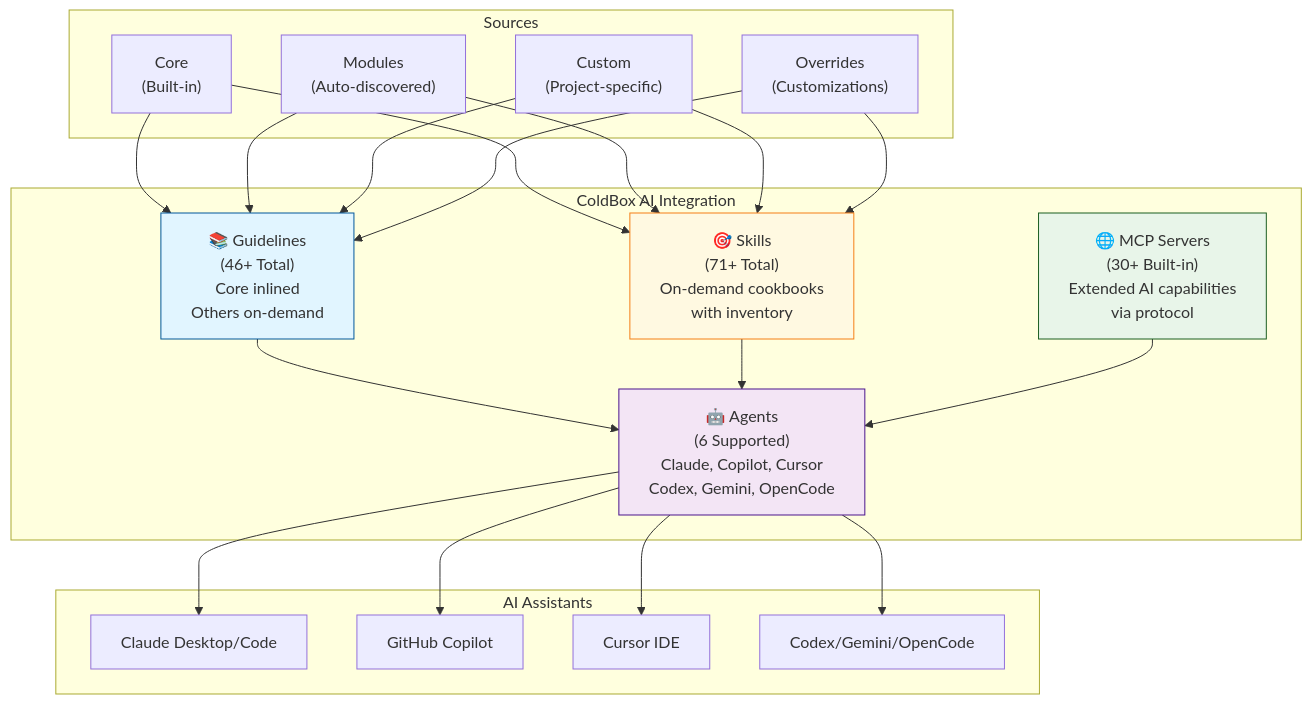
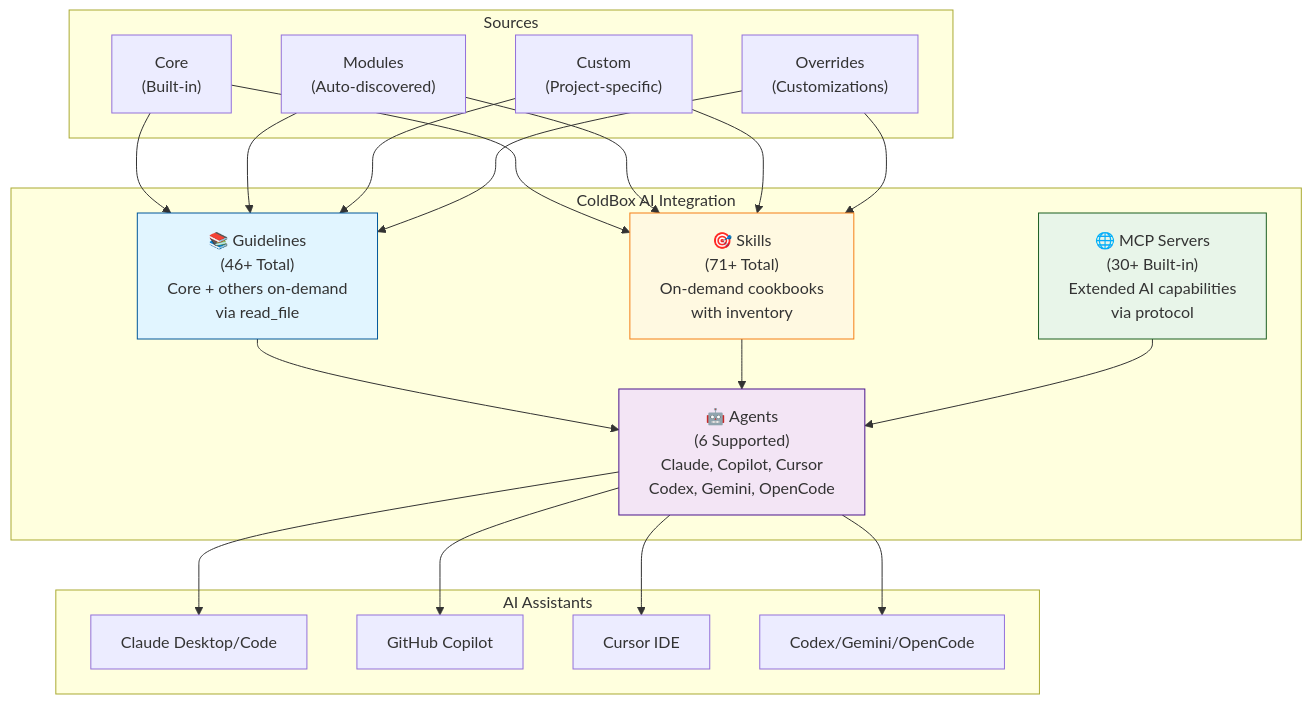
Before and after one commit to ColdBox/coldbox-cli: the first of 8 diagrams in AI_INTEGRATION.md, drawn with Mermaid. The commit also changed other lines of this file and 10 other files, not shown here.

First line of the commit message:
- **Reduced agent file size**   - Core ColdBox/BoxLang guidelines are no longer inlined in generated agent files. Guidelines are stored locally in `.ai/guidelines/core/` and referenced via `read_file` instructions — reducing generated agent files from ~1,000 lines to ~250 lines

````diff
--- a/AI_INTEGRATION.md
+++ b/AI_INTEGRATION.md
@@ -55,46 +55,46 @@
 ```mermaid
 graph TB
     subgraph "ColdBox AI Integration"
-        Guidelines["📚 Guidelines<br/>(46+ Total)<br/>Core inlined<br/>Others on-demand"]
+        Guidelines["📚 Guidelines<br/>(46+ Total)<br/>Core + others on-demand<br/>via read_file"]
         Skills["🎯 Skills<br/>(71+ Total)<br/>On-demand cookbooks<br/>with inventory"]
         Agents["🤖 Agents<br/>(6 Supported)<br/>Claude, Copilot, Cursor<br/>Codex, Gemini, OpenCode"]
         MCP["🌐 MCP Servers<br/>(30+ Built-in)<br/>Extended AI capabilities<br/>via protocol"]
     end
 
     subgraph "Sources"
         Core["Core<br/>(Built-in)"]
         Modules["Modules<br/>(Auto-discovered)"]
         Custom["Custom<br/>(Project-specific)"]
         Override["Overrides<br/>(Customizations)"]
     end
 
     subgraph "AI Assistants"
         Claude["Claude Desktop/Code"]
         Copilot["GitHub Copilot"]
         Cursor["Cursor IDE"]
         Other["Codex/Gemini/OpenCode"]
     end
 
     Core --> Guidelines
     Core --> Skills
     Modules --> Guidelines
     Modules --> Skills
     Custom --> Guidelines
     Custom --> Skills
     Override --> Guidelines
     Override --> Skills
 
     Guidelines --> Agents
     Skills --> Agents
     MCP --> Agents
 
     Agents --> Claude
     Agents --> Copilot
     Agents --> Cursor
     Agents --> Other
 
     style Guidelines fill:#e1f5ff,stroke:#01579b
     style Skills fill:#fff9e1,stroke:#f57f17
     style Agents fill:#f3e5f5,stroke:#4a148c
     style MCP fill:#e8f5e9,stroke:#1b5e20
 ```
````
